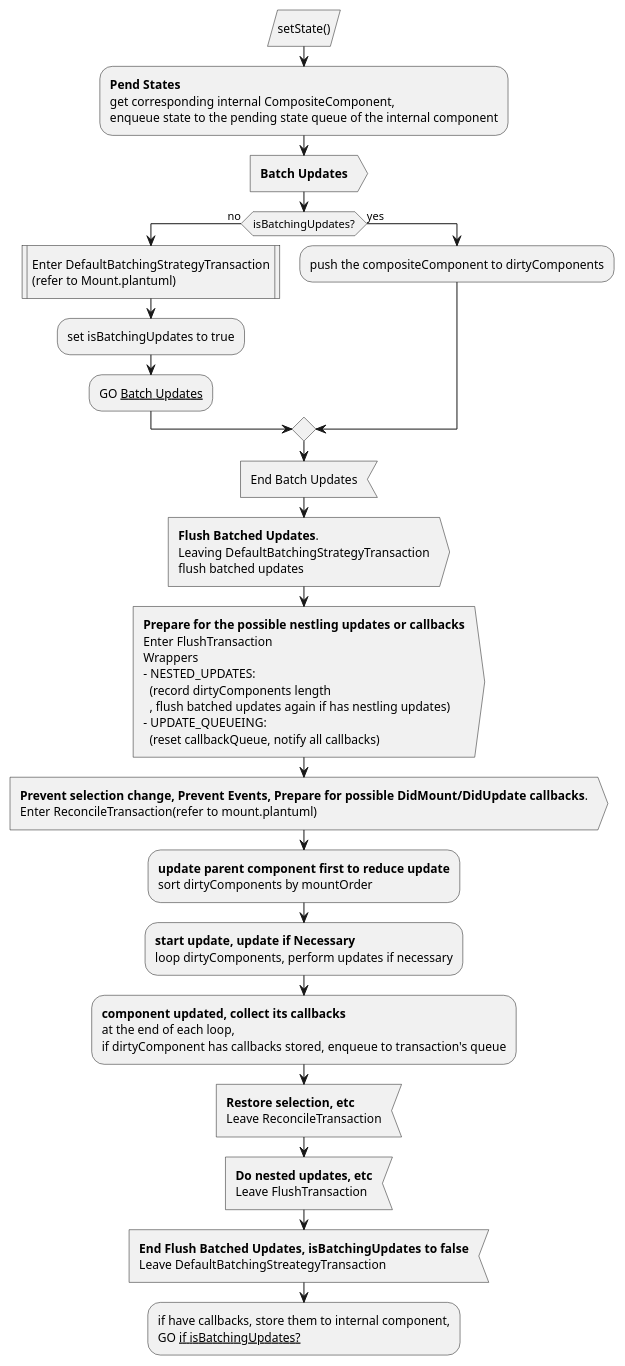
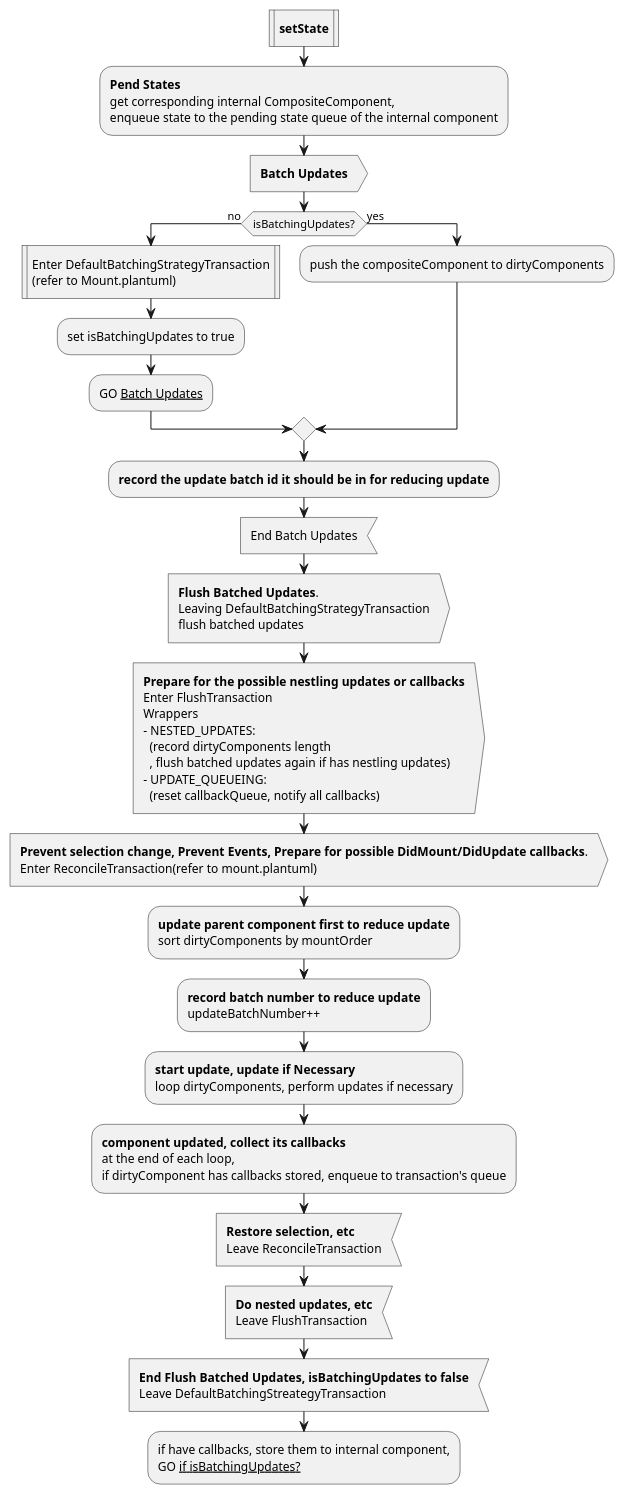
Before and after one commit to Kacxxia/learnReact15.6.2: the diagram in src/SetState/SetState.plantuml, drawn with PlantUML. The commit also changed 16 other files, not shown here.

```diff
--- a/src/SetState/SetState.plantuml
+++ b/src/SetState/SetState.plantuml
@@ -1,46 +1,49 @@
 @startuml SetState
-:setState()/
+:**setState**|
 :**Pend States**
 get corresponding internal CompositeComponent,
 enqueue state to the pending state queue of the internal component;
 
 :**Batch Updates**>
 if (isBatchingUpdates?) then (no)
   :Enter DefaultBatchingStrategyTransaction
   (refer to Mount.plantuml)|
   :set isBatchingUpdates to true;
   :GO __Batch Updates__;
 else (yes)
   :push the compositeComponent to dirtyComponents;
 endif 
+:**record the update batch id it should be in for reducing update**;
 :End Batch Updates<
 
 :**Flush Batched Updates**.
 Leaving DefaultBatchingStrategyTransaction
 flush batched updates>
 :**Prepare for the possible nestling updates or callbacks**
 Enter FlushTransaction
 Wrappers
 - NESTED_UPDATES: 
   (record dirtyComponents length
   , flush batched updates again if has nestling updates)
 - UPDATE_QUEUEING:
   (reset callbackQueue, notify all callbacks)>
 :**Prevent selection change, Prevent Events, Prepare for possible DidMount/DidUpdate callbacks**.
 Enter ReconcileTransaction(refer to mount.plantuml)>
 :**update parent component first to reduce update**
 sort dirtyComponents by mountOrder;
+:**record batch number to reduce update**
+updateBatchNumber++;
 :**start update, update if Necessary**
 loop dirtyComponents, perform updates if necessary;
 :**component updated, collect its callbacks**
 at the end of each loop,
 if dirtyComponent has callbacks stored, enqueue to transaction's queue;
 :**Restore selection, etc**
 Leave ReconcileTransaction<
 :**Do nested updates, etc**
 Leave FlushTransaction<
 :**End Flush Batched Updates, isBatchingUpdates to false**
 Leave DefaultBatchingStreategyTransaction<
 :if have callbacks, store them to internal component,
 GO __if isBatchingUpdates?__;
 @endmul
```
